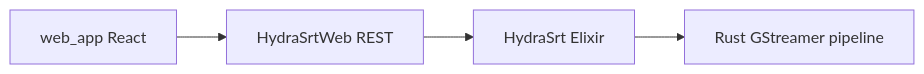
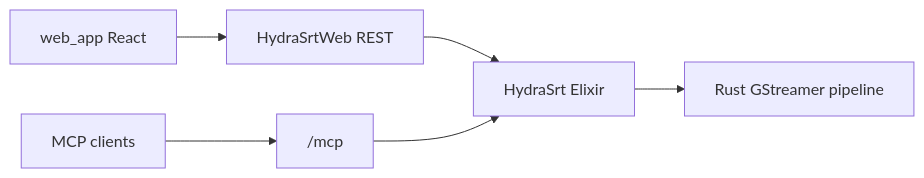
One commit to abc3/hydra-srt changed the diagram in AGENTS.md. Above: the diagram before and after it, drawn with Mermaid. The commit also changed other lines of this file and 35 other files, not shown here.

````diff
--- a/AGENTS.md
+++ b/AGENTS.md
@@ -43,6 +44,8 @@
 ```mermaid
 flowchart LR
   UI[web_app React] --> API[HydraSrtWeb REST]
+  MCP[MCP clients] --> McpEndpoint["/mcp"]
   API --> Control[HydraSrt Elixir]
+  McpEndpoint --> Control
   Control --> Native[Rust GStreamer pipeline]
 ```
````
